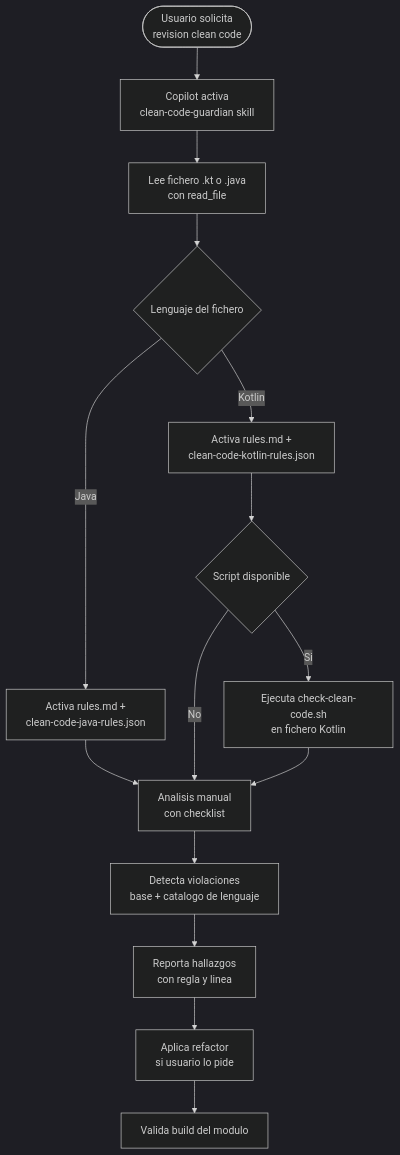
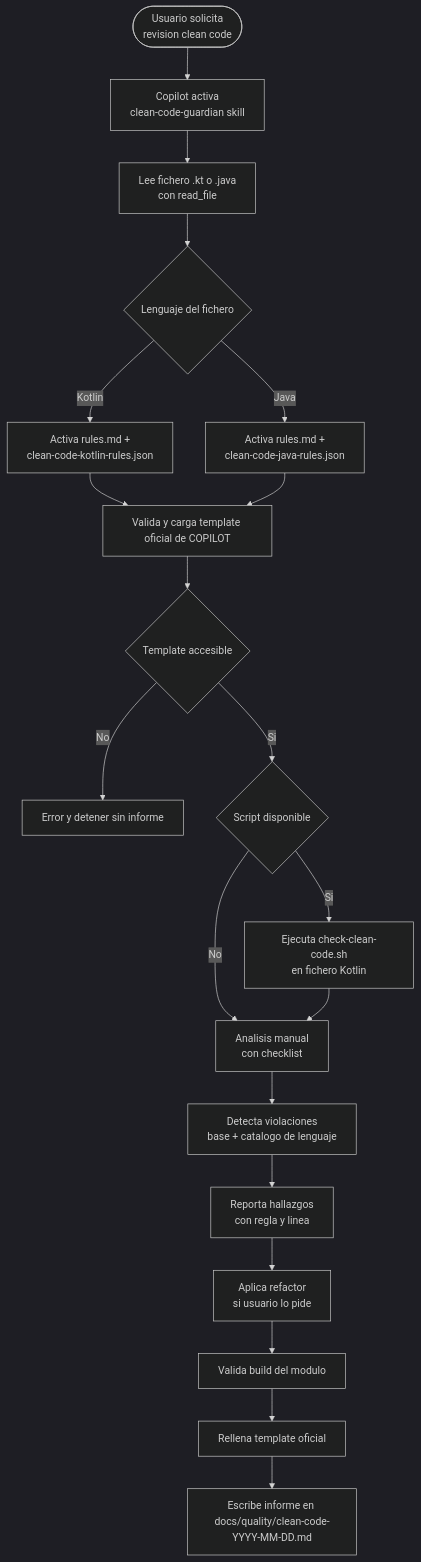
Before and after one commit to manelcc/copilot-devkit: the diagram in skills/global/devkit-clean-code-guardian/references/overview.md, drawn with Mermaid (dark theme). The commit also changed other lines of this file and 13 other files, not shown here.

````diff
--- a/skills/global/devkit-clean-code-guardian/references/overview.md
+++ b/skills/global/devkit-clean-code-guardian/references/overview.md
@@ -5,17 +5,22 @@
 ```mermaid
 flowchart TD
     A([Usuario solicita\nrevision clean code]) --> B[Copilot activa\nclean-code-guardian skill]
     B --> C[Lee fichero .kt o .java\ncon read_file]
     C --> C1{Lenguaje del fichero}
     C1 -- Kotlin --> C2[Activa rules.md +\nclean-code-kotlin-rules.json]
     C1 -- Java --> C3[Activa rules.md +\nclean-code-java-rules.json]
-    C2 --> D{Script disponible}
-    C3 --> F[Analisis manual\ncon checklist]
-    D -- Si --> E[Ejecuta check-clean-code.sh\nen fichero Kotlin]
-    D -- No --> F
-    E --> F
-    F --> G[Detecta violaciones\nbase + catalogo de lenguaje]
-    G --> H[Reporta hallazgos\ncon regla y linea]
-    H --> I[Aplica refactor\nsi usuario lo pide]
-    I --> J[Valida build del modulo]
+    C2 --> D[Valida y carga template oficial de COPILOT]
+    C3 --> D
+    D --> D1{Template accesible}
+    D1 -- No --> X[Error y detener sin informe]
+    D1 -- Si --> E{Script disponible}
+    E -- Si --> F[Ejecuta check-clean-code.sh\nen fichero Kotlin]
+    E -- No --> G[Analisis manual\ncon checklist]
+    F --> G
+    G --> H[Detecta violaciones\nbase + catalogo de lenguaje]
+    H --> I[Reporta hallazgos\ncon regla y linea]
+    I --> J[Aplica refactor\nsi usuario lo pide]
+    J --> K[Valida build del modulo]
+    K --> L[Rellena template oficial]
+    L --> M[Escribe informe en docs/quality/clean-code-YYYY-MM-DD.md]
 ```
````
